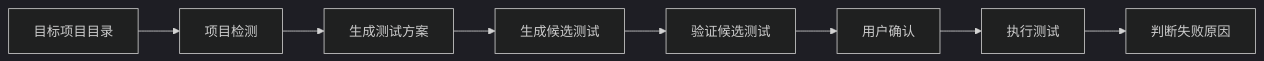
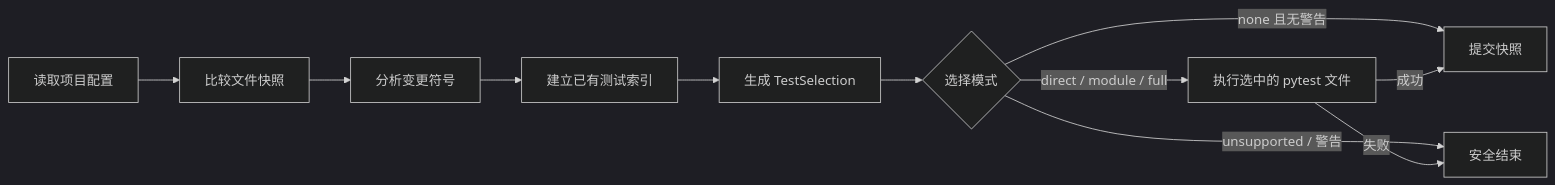
Before and after one commit to 1193082625/test-assistant: the first of 2 diagrams in README.md, drawn with Mermaid (dark theme). The commit also changed other lines of this file and 2 other files, not shown here.

````diff
--- a/README.md
+++ b/README.md
@@ -6,10 +7,13 @@
 ```mermaid
 flowchart LR
-    A["目标项目目录"] --> B["项目检测"]
-    B --> C["生成测试方案"]
-    C --> D["生成候选测试"]
-    D --> E["验证候选测试"]
-    E --> F["用户确认"]
-    F --> G["执行测试"]
-    G --> H["判断失败原因"]
+    A["读取项目配置"] --> B["比较文件快照"]
+    B --> C["分析变更符号"]
+    C --> D["建立已有测试索引"]
+    D --> E["生成 TestSelection"]
+    E --> F{"选择模式"}
+    F -->|direct / module / full| G["执行选中的 pytest 文件"]
+    F -->|none 且无警告| H["提交快照"]
+    F -->|unsupported / 警告| I["安全结束"]
+    G -->|成功| H
+    G -->|失败| I
 ```
````
